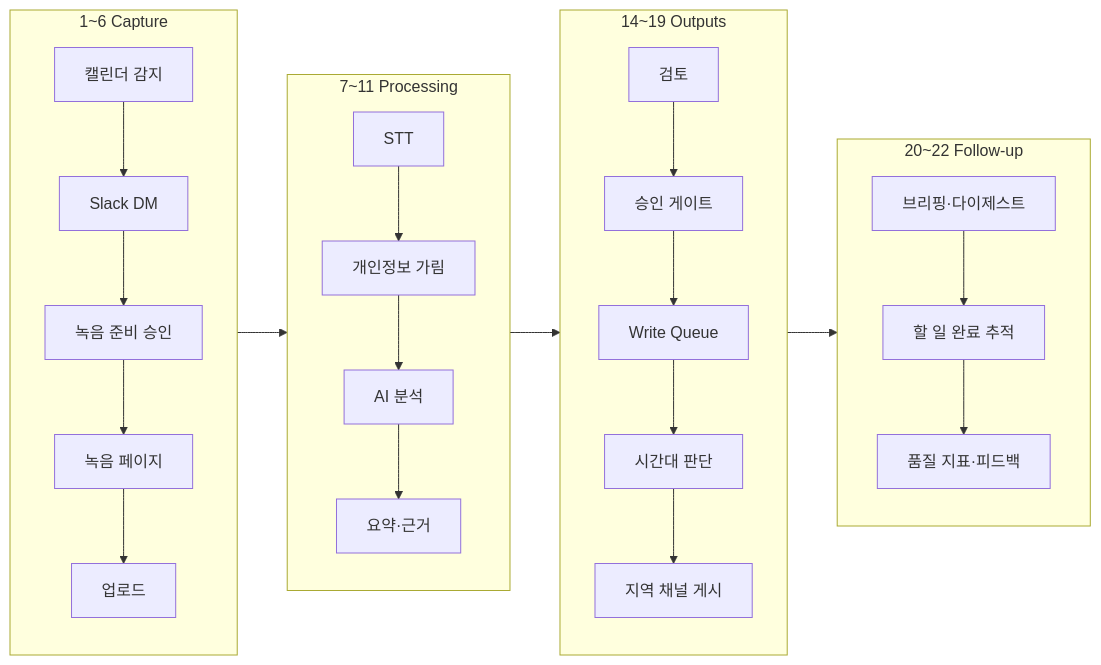
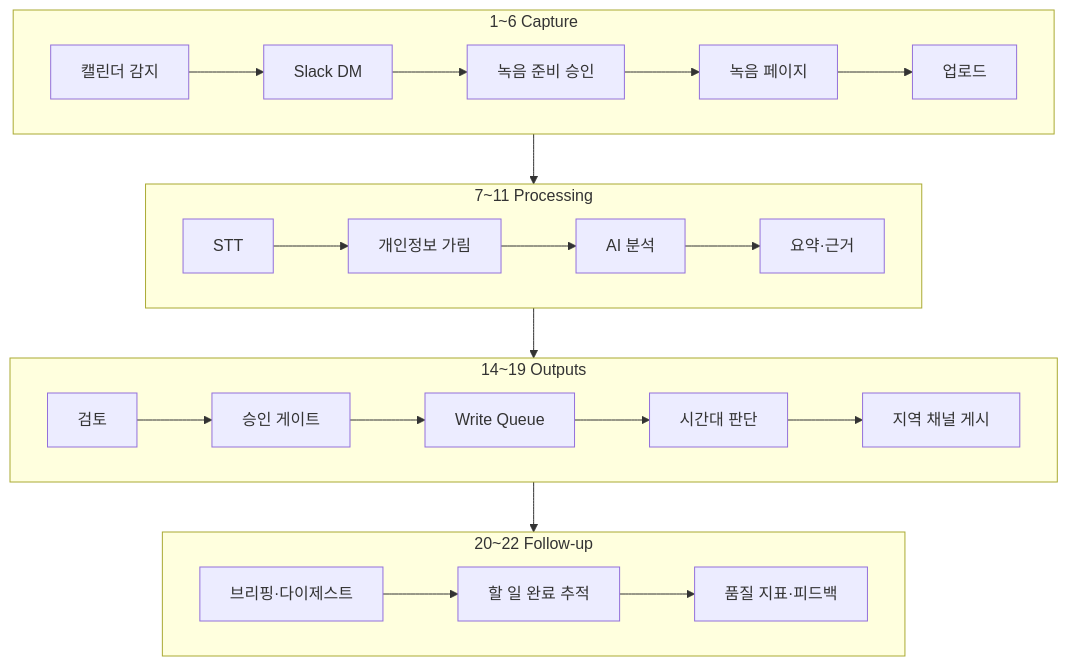
One commit to UnderCruzer/meeting-automation changed the diagram in README.md. Above: the diagram before and after it, drawn with Mermaid.

Commit message:
docs(#97): README 워크플로 다이어그램을 단계별 가로 배치로

````diff
--- a/README.md
+++ b/README.md
@@ -43,16 +43,20 @@
 ```mermaid
-flowchart LR
+flowchart TB
   subgraph C["1~6 Capture"]
+    direction LR
     c1[캘린더 감지] --> c2[Slack DM] --> c3[녹음 준비 승인] --> c4[녹음 페이지] --> c6[업로드]
   end
   subgraph P["7~11 Processing"]
+    direction LR
     p7[STT] --> p8[개인정보 가림] --> p9[AI 분석] --> p11[요약·근거]
   end
   subgraph O["14~19 Outputs"]
+    direction LR
     o15[검토] --> o16[승인 게이트] --> o17[Write Queue] --> o18[시간대 판단] --> o19[지역 채널 게시]
   end
   subgraph F["20~22 Follow-up"]
+    direction LR
     f20[브리핑·다이제스트] --> f21[할 일 완료 추적] --> f22[품질 지표·피드백]
   end
   C --> P --> O --> F
 ```
````
